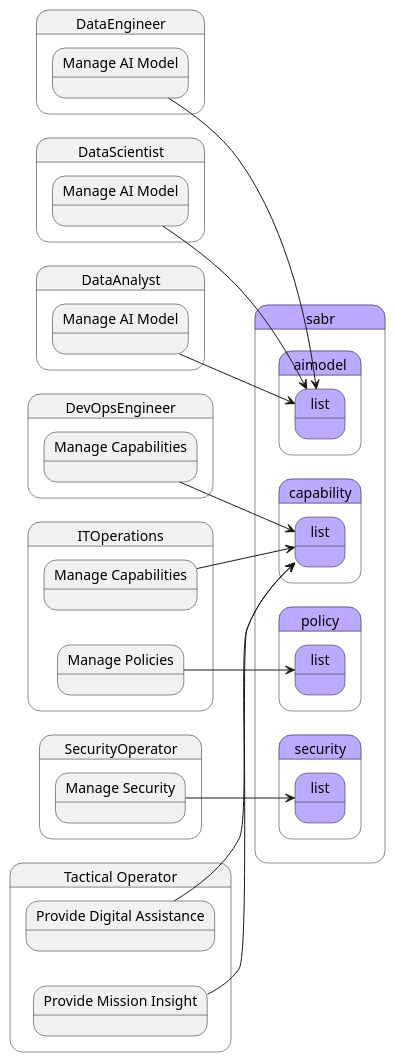
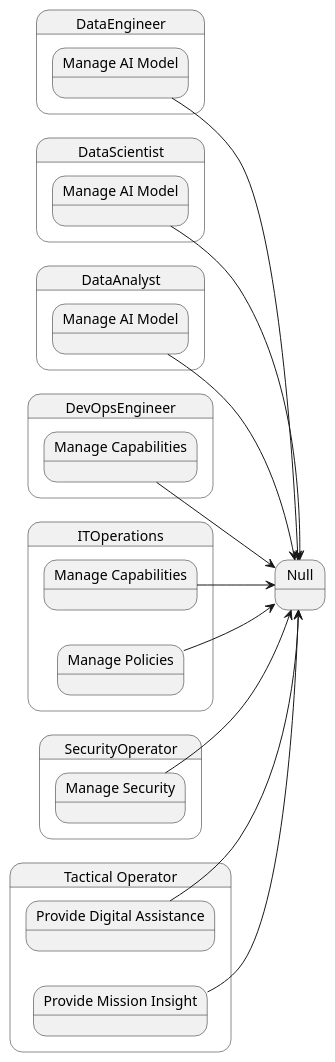
The diagram in docs/sabr/scenariomapping.puml (madajaju/sabr), drawn with PlantUML before and after one commit. The commit also changed 440 other files, not shown here.

```diff
--- a/docs/sabr/scenariomapping.puml
+++ b/docs/sabr/scenariomapping.puml
@@ -1,136 +1,82 @@
 @startuml
 left to right direction
 
 
 
 state "DataEngineer" as DataEngineer {
     state "Manage AI Model" as DataEngineerManageAIModel {
     }
 }
-state "sabr" as sabr #bbaaff {
-state "aimodel" as sabraimodel #bbaaff {
-state "list" as sabraimodellist #bbaaff {
-}
-}
-}
 
-DataEngineerManageAIModel --> sabraimodellist
+DataEngineerManageAIModel --> Null
 
 state "DataScientist" as DataScientist {
     state "Manage AI Model" as DataScientistManageAIModel {
     }
 }
-state "sabr" as sabr #bbaaff {
-state "aimodel" as sabraimodel #bbaaff {
-state "list" as sabraimodellist #bbaaff {
-}
-}
-}
 
-DataScientistManageAIModel --> sabraimodellist
+DataScientistManageAIModel --> Null
 
 state "DataAnalyst" as DataAnalyst {
     state "Manage AI Model" as DataAnalystManageAIModel {
     }
 }
-state "sabr" as sabr #bbaaff {
-state "aimodel" as sabraimodel #bbaaff {
-state "list" as sabraimodellist #bbaaff {
-}
-}
-}
 
-DataAnalystManageAIModel --> sabraimodellist
+DataAnalystManageAIModel --> Null
 
 
  
 state "DevOpsEngineer" as DevOpsEngineer {
     state "Manage Capabilities" as DevOpsEngineerManageCapabilities {
     }
 }
-state "sabr" as sabr #bbaaff {
-state "capability" as sabrcapability #bbaaff {
-state "list" as sabrcapabilitylist #bbaaff {
-}
-}
-}
 
-DevOpsEngineerManageCapabilities --> sabrcapabilitylist
+DevOpsEngineerManageCapabilities --> Null
 
 state "ITOperations" as ITOperations {
     state "Manage Capabilities" as ITOperationsManageCapabilities {
     }
 }
-state "sabr" as sabr #bbaaff {
-state "capability" as sabrcapability #bbaaff {
-state "list" as sabrcapabilitylist #bbaaff {
-}
-}
-}
 
-ITOperationsManageCapabilities --> sabrcapabilitylist
+ITOperationsManageCapabilities --> Null
 
 
  
 state "ITOperations" as ITOperations {
     state "Manage Policies" as ITOperationsManagePolicies {
     }
 }
-state "sabr" as sabr #bbaaff {
-state "policy" as sabrpolicy #bbaaff {
-state "list" as sabrpolicylist #bbaaff {
-}
-}
-}
 
-ITOperationsManagePolicies --> sabrpolicylist
+ITOperationsManagePolicies --> Null
 
 
  
 state "SecurityOperator" as SecurityOperator {
     state "Manage Security" as SecurityOperatorManageSecurity {
     }
 }
-state "sabr" as sabr #bbaaff {
-state "security" as sabrsecurity #bbaaff {
-state "list" as sabrsecuritylist #bbaaff {
-}
-}
-}
 
-SecurityOperatorManageSecurity --> sabrsecuritylist
+SecurityOperatorManageSecurity --> Null
 
 
  
 state "TacticalOperator" as TacticalOperator {
     state "Provide Digital Assistance" as TacticalOperatorProvideDigitalAssistance {
     }
 }
-state "sabr" as sabr #bbaaff {
-state "capability" as sabrcapability #bbaaff {
-state "list" as sabrcapabilitylist #bbaaff {
-}
-}
-}
 
-TacticalOperatorProvideDigitalAssistance --> sabrcapabilitylist
+TacticalOperatorProvideDigitalAssistance --> Null
 
 
  
 state "Tactical Operator" as TacticalOperator {
     state "Provide Mission Insight" as TacticalOperatorProvideMissionInsight {
     }
 }
-state "sabr" as sabr #bbaaff {
-state "capability" as sabrcapability #bbaaff {
-state "list" as sabrcapabilitylist #bbaaff {
-}
-}
-}
 
-TacticalOperatorProvideMissionInsight --> sabrcapabilitylist
+TacticalOperatorProvideMissionInsight --> Null
 
 
  
 
 @enduml
```
